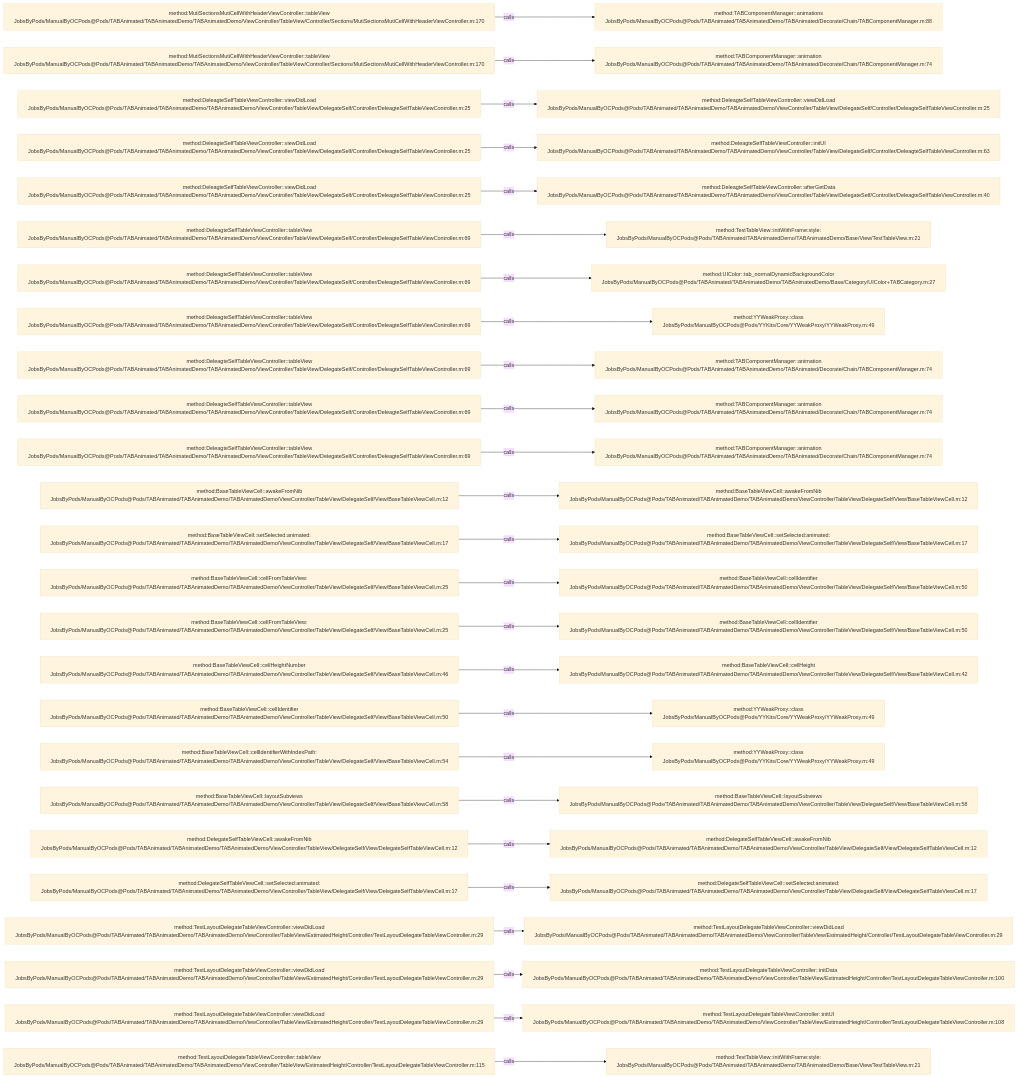
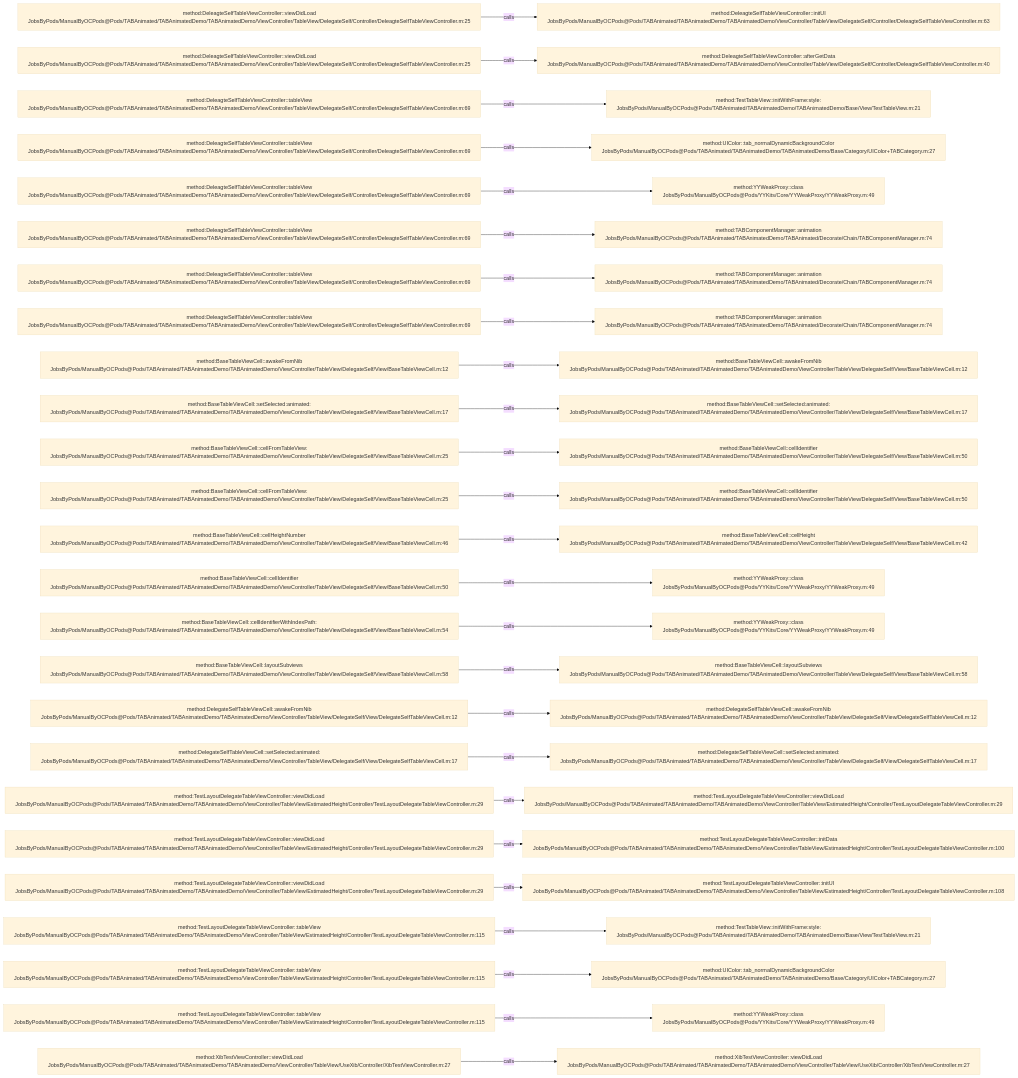
One commit to JobsKits/JobsOCBaseConfigDemo changed the diagram in .codegraph/codegraph.md/graphs/calls-065.md. Above: the diagram before and after it, drawn with Mermaid (base theme). The commit also changed 342 other files, not shown here.

````diff
--- a/.codegraph/codegraph.md/graphs/calls-065.md
+++ b/.codegraph/codegraph.md/graphs/calls-065.md
@@ -13,78 +13,78 @@
 ```mermaid
 flowchart LR
-  S1["method:MutiSectionsMutiCellWithHeaderViewController::tableView<br/>JobsByPods/ManualByOCPods@Pods/TABAnimated/TABAnimatedDemo/TABAnimatedDemo/ViewController/TableView/Controller/Sections/MutiSectionsMutiCellWithHeaderViewController.m:170"]
-  T1["method:TABComponentManager::animations<br/>JobsByPods/ManualByOCPods@Pods/TABAnimated/TABAnimatedDemo/TABAnimated/Decorate/Chain/TABComponentManager.m:88"]
+  S1["method:DeleagteSelfTableViewController::viewDidLoad<br/>JobsByPods/ManualByOCPods@Pods/TABAnimated/TABAnimatedDemo/TABAnimatedDemo/ViewController/TableView/DelegateSelf/Controller/DeleagteSelfTableViewController.m:25"]
+  T1["method:DeleagteSelfTableViewController::initUI<br/>JobsByPods/ManualByOCPods@Pods/TABAnimated/TABAnimatedDemo/TABAnimatedDemo/ViewController/TableView/DelegateSelf/Controller/DeleagteSelfTableViewController.m:63"]
   S1 -->|calls| T1
-  S2["method:MutiSectionsMutiCellWithHeaderViewController::tableView<br/>JobsByPods/ManualByOCPods@Pods/TABAnimated/TABAnimatedDemo/TABAnimatedDemo/ViewController/TableView/Controller/Sections/MutiSectionsMutiCellWithHeaderViewController.m:170"]
-  T2["method:TABComponentManager::animation<br/>JobsByPods/ManualByOCPods@Pods/TABAnimated/TABAnimatedDemo/TABAnimated/Decorate/Chain/TABComponentManager.m:74"]
+  S2["method:DeleagteSelfTableViewController::viewDidLoad<br/>JobsByPods/ManualByOCPods@Pods/TABAnimated/TABAnimatedDemo/TABAnimatedDemo/ViewController/TableView/DelegateSelf/Controller/DeleagteSelfTableViewController.m:25"]
+  T2["method:DeleagteSelfTableViewController::afterGetData<br/>JobsByPods/ManualByOCPods@Pods/TABAnimated/TABAnimatedDemo/TABAnimatedDemo/ViewController/TableView/DelegateSelf/Controller/DeleagteSelfTableViewController.m:40"]
   S2 -->|calls| T2
-  S3["method:DeleagteSelfTableViewController::viewDidLoad<br/>JobsByPods/ManualByOCPods@Pods/TABAnimated/TABAnimatedDemo/TABAnimatedDemo/ViewController/TableView/DelegateSelf/Controller/DeleagteSelfTableViewController.m:25"]
-  T3["method:DeleagteSelfTableViewController::viewDidLoad<br/>JobsByPods/ManualByOCPods@Pods/TABAnimated/TABAnimatedDemo/TABAnimatedDemo/ViewController/TableView/DelegateSelf/Controller/DeleagteSelfTableViewController.m:25"]
+  S3["method:DeleagteSelfTableViewController::tableView<br/>JobsByPods/ManualByOCPods@Pods/TABAnimated/TABAnimatedDemo/TABAnimatedDemo/ViewController/TableView/DelegateSelf/Controller/DeleagteSelfTableViewController.m:69"]
+  T3["method:TestTableView::initWithFrame:style:<br/>JobsByPods/ManualByOCPods@Pods/TABAnimated/TABAnimatedDemo/TABAnimatedDemo/Base/View/TestTableView.m:21"]
   S3 -->|calls| T3
-  S4["method:DeleagteSelfTableViewController::viewDidLoad<br/>JobsByPods/ManualByOCPods@Pods/TABAnimated/TABAnimatedDemo/TABAnimatedDemo/ViewController/TableView/DelegateSelf/Controller/DeleagteSelfTableViewController.m:25"]
-  T4["method:DeleagteSelfTableViewController::initUI<br/>JobsByPods/ManualByOCPods@Pods/TABAnimated/TABAnimatedDemo/TABAnimatedDemo/ViewController/TableView/DelegateSelf/Controller/DeleagteSelfTableViewController.m:63"]
+  S4["method:DeleagteSelfTableViewController::tableView<br/>JobsByPods/ManualByOCPods@Pods/TABAnimated/TABAnimatedDemo/TABAnimatedDemo/ViewController/TableView/DelegateSelf/Controller/DeleagteSelfTableViewController.m:69"]
+  T4["method:UIColor::tab_normalDynamicBackgroundColor<br/>JobsByPods/ManualByOCPods@Pods/TABAnimated/TABAnimatedDemo/TABAnimatedDemo/Base/Category/UIColor+TABCategory.m:27"]
   S4 -->|calls| T4
-  S5["method:DeleagteSelfTableViewController::viewDidLoad<br/>JobsByPods/ManualByOCPods@Pods/TABAnimated/TABAnimatedDemo/TABAnimatedDemo/ViewController/TableView/DelegateSelf/Controller/DeleagteSelfTableViewController.m:25"]
-  T5["method:DeleagteSelfTableViewController::afterGetData<br/>JobsByPods/ManualByOCPods@Pods/TABAnimated/TABAnimatedDemo/TABAnimatedDemo/ViewController/TableView/DelegateSelf/Controller/DeleagteSelfTableViewController.m:40"]
+  S5["method:DeleagteSelfTableViewController::tableView<br/>JobsByPods/ManualByOCPods@Pods/TABAnimated/TABAnimatedDemo/TABAnimatedDemo/ViewController/TableView/DelegateSelf/Controller/DeleagteSelfTableViewController.m:69"]
+  T5["method:YYWeakProxy::class<br/>JobsByPods/ManualByOCPods@Pods/YYKits/Core/YYWeakProxy/YYWeakProxy.m:49"]
   S5 -->|calls| T5
   S6["method:DeleagteSelfTableViewController::tableView<br/>JobsByPods/ManualByOCPods@Pods/TABAnimated/TABAnimatedDemo/TABAnimatedDemo/ViewController/TableView/DelegateSelf/Controller/DeleagteSelfTableViewController.m:69"]
-  T6["method:TestTableView::initWithFrame:style:<br/>JobsByPods/ManualByOCPods@Pods/TABAnimated/TABAnimatedDemo/TABAnimatedDemo/Base/View/TestTableView.m:21"]
+  T6["method:TABComponentManager::animation<br/>JobsByPods/ManualByOCPods@Pods/TABAnimated/TABAnimatedDemo/TABAnimated/Decorate/Chain/TABComponentManager.m:74"]
   S6 -->|calls| T6
   S7["method:DeleagteSelfTableViewController::tableView<br/>JobsByPods/ManualByOCPods@Pods/TABAnimated/TABAnimatedDemo/TABAnimatedDemo/ViewController/TableView/DelegateSelf/Controller/DeleagteSelfTableViewController.m:69"]
-  T7["method:UIColor::tab_normalDynamicBackgroundColor<br/>JobsByPods/ManualByOCPods@Pods/TABAnimated/TABAnimatedDemo/TABAnimatedDemo/Base/Category/UIColor+TABCategory.m:27"]
+  T7["method:TABComponentManager::animation<br/>JobsByPods/ManualByOCPods@Pods/TABAnimated/TABAnimatedDemo/TABAnimated/Decorate/Chain/TABComponentManager.m:74"]
   S7 -->|calls| T7
   S8["method:DeleagteSelfTableViewController::tableView<br/>JobsByPods/ManualByOCPods@Pods/TABAnimated/TABAnimatedDemo/TABAnimatedDemo/ViewController/TableView/DelegateSelf/Controller/DeleagteSelfTableViewController.m:69"]
-  T8["method:YYWeakProxy::class<br/>JobsByPods/ManualByOCPods@Pods/YYKits/Core/YYWeakProxy/YYWeakProxy.m:49"]
+  T8["method:TABComponentManager::animation<br/>JobsByPods/ManualByOCPods@Pods/TABAnimated/TABAnimatedDemo/TABAnimated/Decorate/Chain/TABComponentManager.m:74"]
   S8 -->|calls| T8
-  S9["method:DeleagteSelfTableViewController::tableView<br/>JobsByPods/ManualByOCPods@Pods/TABAnimated/TABAnimatedDemo/TABAnimatedDemo/ViewController/TableView/DelegateSelf/Controller/DeleagteSelfTableViewController.m:69"]
-  T9["method:TABComponentManager::animation<br/>JobsByPods/ManualByOCPods@Pods/TABAnimated/TABAnimatedDemo/TABAnimated/Decorate/Chain/TABComponentManager.m:74"]
+  S9["method:BaseTableViewCell::awakeFromNib<br/>JobsByPods/ManualByOCPods@Pods/TABAnimated/TABAnimatedDemo/TABAnimatedDemo/ViewController/TableView/DelegateSelf/View/BaseTableViewCell.m:12"]
+  T9["method:BaseTableViewCell::awakeFromNib<br/>JobsByPods/ManualByOCPods@Pods/TABAnimated/TABAnimatedDemo/TABAnimatedDemo/ViewController/TableView/DelegateSelf/View/BaseTableViewCell.m:12"]
   S9 -->|calls| T9
-  S10["method:DeleagteSelfTableViewController::tableView<br/>JobsByPods/ManualByOCPods@Pods/TABAnimated/TABAnimatedDemo/TABAnimatedDemo/ViewController/TableView/DelegateSelf/Controller/DeleagteSelfTableViewController.m:69"]
-  T10["method:TABComponentManager::animation<br/>JobsByPods/ManualByOCPods@Pods/TABAnimated/TABAnimatedDemo/TABAnimated/Decorate/Chain/TABComponentManager.m:74"]
+  S10["method:BaseTableViewCell::setSelected:animated:<br/>JobsByPods/ManualByOCPods@Pods/TABAnimated/TABAnimatedDemo/TABAnimatedDemo/ViewController/TableView/DelegateSelf/View/BaseTableViewCell.m:17"]
+  T10["method:BaseTableViewCell::setSelected:animated:<br/>JobsByPods/ManualByOCPods@Pods/TABAnimated/TABAnimatedDemo/TABAnimatedDemo/ViewController/TableView/DelegateSelf/View/BaseTableViewCell.m:17"]
   S10 -->|calls| T10
-  S11["method:DeleagteSelfTableViewController::tableView<br/>JobsByPods/ManualByOCPods@Pods/TABAnimated/TABAnimatedDemo/TABAnimatedDemo/ViewController/TableView/DelegateSelf/Controller/DeleagteSelfTableViewController.m:69"]
-  T11["method:TABComponentManager::animation<br/>JobsByPods/ManualByOCPods@Pods/TABAnimated/TABAnimatedDemo/TABAnimated/Decorate/Chain/TABComponentManager.m:74"]
+  S11["method:BaseTableViewCell::cellFromTableView:<br/>JobsByPods/ManualByOCPods@Pods/TABAnimated/TABAnimatedDemo/TABAnimatedDemo/ViewController/TableView/DelegateSelf/View/BaseTableViewCell.m:25"]
+  T11["method:BaseTableViewCell::cellIdentifier<br/>JobsByPods/ManualByOCPods@Pods/TABAnimated/TABAnimatedDemo/TABAnimatedDemo/ViewController/TableView/DelegateSelf/View/BaseTableViewCell.m:50"]
   S11 -->|calls| T11
-  S12["method:BaseTableViewCell::awakeFromNib<br/>JobsByPods/ManualByOCPods@Pods/TABAnimated/TABAnimatedDemo/TABAnimatedDemo/ViewController/TableView/DelegateSelf/View/BaseTableViewCell.m:12"]
-  T12["method:BaseTableViewCell::awakeFromNib<br/>JobsByPods/ManualByOCPods@Pods/TABAnimated/TABAnimatedDemo/TABAnimatedDemo/ViewController/TableView/DelegateSelf/View/BaseTableViewCell.m:12"]
+  S12["method:BaseTableViewCell::cellFromTableView:<br/>JobsByPods/ManualByOCPods@Pods/TABAnimated/TABAnimatedDemo/TABAnimatedDemo/ViewController/TableView/DelegateSelf/View/BaseTableViewCell.m:25"]
+  T12["method:BaseTableViewCell::cellIdentifier<br/>JobsByPods/ManualByOCPods@Pods/TABAnimated/TABAnimatedDemo/TABAnimatedDemo/ViewController/TableView/DelegateSelf/View/BaseTableViewCell.m:50"]
   S12 -->|calls| T12
-  S13["method:BaseTableViewCell::setSelected:animated:<br/>JobsByPods/ManualByOCPods@Pods/TABAnimated/TABAnimatedDemo/TABAnimatedDemo/ViewController/TableView/DelegateSelf/View/BaseTableViewCell.m:17"]
-  T13["method:BaseTableViewCell::setSelected:animated:<br/>JobsByPods/ManualByOCPods@Pods/TABAnimated/TABAnimatedDemo/TABAnimatedDemo/ViewController/TableView/DelegateSelf/View/BaseTableViewCell.m:17"]
+  S13["method:BaseTableViewCell::cellHeightNumber<br/>JobsByPods/ManualByOCPods@Pods/TABAnimated/TABAnimatedDemo/TABAnimatedDemo/ViewController/TableView/DelegateSelf/View/BaseTableViewCell.m:46"]
+  T13["method:BaseTableViewCell::cellHeight<br/>JobsByPods/ManualByOCPods@Pods/TABAnimated/TABAnimatedDemo/TABAnimatedDemo/ViewController/TableView/DelegateSelf/View/BaseTableViewCell.m:42"]
   S13 -->|calls| T13
-  S14["method:BaseTableViewCell::cellFromTableView:<br/>JobsByPods/ManualByOCPods@Pods/TABAnimated/TABAnimatedDemo/TABAnimatedDemo/ViewController/TableView/DelegateSelf/View/BaseTableViewCell.m:25"]
-  T14["method:BaseTableViewCell::cellIdentifier<br/>JobsByPods/ManualByOCPods@Pods/TABAnimated/TABAnimatedDemo/TABAnimatedDemo/ViewController/TableView/DelegateSelf/View/BaseTableViewCell.m:50"]
+  S14["method:BaseTableViewCell::cellIdentifier<br/>JobsByPods/ManualByOCPods@Pods/TABAnimated/TABAnimatedDemo/TABAnimatedDemo/ViewController/TableView/DelegateSelf/View/BaseTableViewCell.m:50"]
+  T14["method:YYWeakProxy::class<br/>JobsByPods/ManualByOCPods@Pods/YYKits/Core/YYWeakProxy/YYWeakProxy.m:49"]
   S14 -->|calls| T14
-  S15["method:BaseTableViewCell::cellFromTableView:<br/>JobsByPods/ManualByOCPods@Pods/TABAnimated/TABAnimatedDemo/TABAnimatedDemo/ViewController/TableView/DelegateSelf/View/BaseTableViewCell.m:25"]
-  T15["method:BaseTableViewCell::cellIdentifier<br/>JobsByPods/ManualByOCPods@Pods/TABAnimated/TABAnimatedDemo/TABAnimatedDemo/ViewController/TableView/DelegateSelf/View/BaseTableViewCell.m:50"]
+  S15["method:BaseTableViewCell::cellIdentifierWithIndexPath:<br/>JobsByPods/ManualByOCPods@Pods/TABAnimated/TABAnimatedDemo/TABAnimatedDemo/ViewController/TableView/DelegateSelf/View/BaseTableViewCell.m:54"]
+  T15["method:YYWeakProxy::class<br/>JobsByPods/ManualByOCPods@Pods/YYKits/Core/YYWeakProxy/YYWeakProxy.m:49"]
   S15 -->|calls| T15
-  S16["method:BaseTableViewCell::cellHeightNumber<br/>JobsByPods/ManualByOCPods@Pods/TABAnimated/TABAnimatedDemo/TABAnimatedDemo/ViewController/TableView/DelegateSelf/View/BaseTableViewCell.m:46"]
-  T16["method:BaseTableViewCell::cellHeight<br/>JobsByPods/ManualByOCPods@Pods/TABAnimated/TABAnimatedDemo/TABAnimatedDemo/ViewController/TableView/DelegateSelf/View/BaseTableViewCell.m:42"]
+  S16["method:BaseTableViewCell::layoutSubviews<br/>JobsByPods/ManualByOCPods@Pods/TABAnimated/TABAnimatedDemo/TABAnimatedDemo/ViewController/TableView/DelegateSelf/View/BaseTableViewCell.m:58"]
+  T16["method:BaseTableViewCell::layoutSubviews<br/>JobsByPods/ManualByOCPods@Pods/TABAnimated/TABAnimatedDemo/TABAnimatedDemo/ViewController/TableView/DelegateSelf/View/BaseTableViewCell.m:58"]
   S16 -->|calls| T16
-  S17["method:BaseTableViewCell::cellIdentifier<br/>JobsByPods/ManualByOCPods@Pods/TABAnimated/TABAnimatedDemo/TABAnimatedDemo/ViewController/TableView/DelegateSelf/View/BaseTableViewCell.m:50"]
-  T17["method:YYWeakProxy::class<br/>JobsByPods/ManualByOCPods@Pods/YYKits/Core/YYWeakProxy/YYWeakProxy.m:49"]
+  S17["method:DelegateSelfTableViewCell::awakeFromNib<br/>JobsByPods/ManualByOCPods@Pods/TABAnimated/TABAnimatedDemo/TABAnimatedDemo/ViewController/TableView/DelegateSelf/View/DelegateSelfTableViewCell.m:12"]
+  T17["method:DelegateSelfTableViewCell::awakeFromNib<br/>JobsByPods/ManualByOCPods@Pods/TABAnimated/TABAnimatedDemo/TABAnimatedDemo/ViewController/TableView/DelegateSelf/View/DelegateSelfTableViewCell.m:12"]
   S17 -->|calls| T17
-  S18["method:BaseTableViewCell::cellIdentifierWithIndexPath:<br/>JobsByPods/ManualByOCPods@Pods/TABAnimated/TABAnimatedDemo/TABAnimatedDemo/ViewController/TableView/DelegateSelf/View/BaseTableViewCell.m:54"]
-  T18["method:YYWeakProxy::class<br/>JobsByPods/ManualByOCPods@Pods/YYKits/Core/YYWeakProxy/YYWeakProxy.m:49"]
+  S18["method:DelegateSelfTableViewCell::setSelected:animated:<br/>JobsByPods/ManualByOCPods@Pods/TABAnimated/TABAnimatedDemo/TABAnimatedDemo/ViewController/TableView/DelegateSelf/View/DelegateSelfTableViewCell.m:17"]
+  T18["method:DelegateSelfTableViewCell::setSelected:animated:<br/>JobsByPods/ManualByOCPods@Pods/TABAnimated/TABAnimatedDemo/TABAnimatedDemo/ViewController/TableView/DelegateSelf/View/DelegateSelfTableViewCell.m:17"]
   S18 -->|calls| T18
-  S19["method:BaseTableViewCell::layoutSubviews<br/>JobsByPods/ManualByOCPods@Pods/TABAnimated/TABAnimatedDemo/TABAnimatedDemo/ViewController/TableView/DelegateSelf/View/BaseTableViewCell.m:58"]
-  T19["method:BaseTableViewCell::layoutSubviews<br/>JobsByPods/ManualByOCPods@Pods/TABAnimated/TABAnimatedDemo/TABAnimatedDemo/ViewController/TableView/DelegateSelf/View/BaseTableViewCell.m:58"]
+  S19["method:TestLayoutDelegateTableViewController::viewDidLoad<br/>JobsByPods/ManualByOCPods@Pods/TABAnimated/TABAnimatedDemo/TABAnimatedDemo/ViewController/TableView/EstimatedHeight/Controller/TestLayoutDelegateTableViewController.m:29"]
+  T19["method:TestLayoutDelegateTableViewController::viewDidLoad<br/>JobsByPods/ManualByOCPods@Pods/TABAnimated/TABAnimatedDemo/TABAnimatedDemo/ViewController/TableView/EstimatedHeight/Controller/TestLayoutDelegateTableViewController.m:29"]
   S19 -->|calls| T19
-  S20["method:DelegateSelfTableViewCell::awakeFromNib<br/>JobsByPods/ManualByOCPods@Pods/TABAnimated/TABAnimatedDemo/TABAnimatedDemo/ViewController/TableView/DelegateSelf/View/DelegateSelfTableViewCell.m:12"]
-  T20["method:DelegateSelfTableViewCell::awakeFromNib<br/>JobsByPods/ManualByOCPods@Pods/TABAnimated/TABAnimatedDemo/TABAnimatedDemo/ViewController/TableView/DelegateSelf/View/DelegateSelfTableViewCell.m:12"]
+  S20["method:TestLayoutDelegateTableViewController::viewDidLoad<br/>JobsByPods/ManualByOCPods@Pods/TABAnimated/TABAnimatedDemo/TABAnimatedDemo/ViewController/TableView/EstimatedHeight/Controller/TestLayoutDelegateTableViewController.m:29"]
+  T20["method:TestLayoutDelegateTableViewController::initData<br/>JobsByPods/ManualByOCPods@Pods/TABAnimated/TABAnimatedDemo/TABAnimatedDemo/ViewController/TableView/EstimatedHeight/Controller/TestLayoutDelegateTableViewController.m:100"]
   S20 -->|calls| T20
-  S21["method:DelegateSelfTableViewCell::setSelected:animated:<br/>JobsByPods/ManualByOCPods@Pods/TABAnimated/TABAnimatedDemo/TABAnimatedDemo/ViewController/TableView/DelegateSelf/View/DelegateSelfTableViewCell.m:17"]
-  T21["method:DelegateSelfTableViewCell::setSelected:animated:<br/>JobsByPods/ManualByOCPods@Pods/TABAnimated/TABAnimatedDemo/TABAnimatedDemo/ViewController/TableView/DelegateSelf/View/DelegateSelfTableViewCell.m:17"]
+  S21["method:TestLayoutDelegateTableViewController::viewDidLoad<br/>JobsByPods/ManualByOCPods@Pods/TABAnimated/TABAnimatedDemo/TABAnimatedDemo/ViewController/TableView/EstimatedHeight/Controller/TestLayoutDelegateTableViewController.m:29"]
+  T21["method:TestLayoutDelegateTableViewController::initUI<br/>JobsByPods/ManualByOCPods@Pods/TABAnimated/TABAnimatedDemo/TABAnimatedDemo/ViewController/TableView/EstimatedHeight/Controller/TestLayoutDelegateTableViewController.m:108"]
   S21 -->|calls| T21
-  S22["method:TestLayoutDelegateTableViewController::viewDidLoad<br/>JobsByPods/ManualByOCPods@Pods/TABAnimated/TABAnimatedDemo/TABAnimatedDemo/ViewController/TableView/EstimatedHeight/Controller/TestLayoutDelegateTableViewController.m:29"]
-  T22["method:TestLayoutDelegateTableViewController::viewDidLoad<br/>JobsByPods/ManualByOCPods@Pods/TABAnimated/TABAnimatedDemo/TABAnimatedDemo/ViewController/TableView/EstimatedHeight/Controller/TestLayoutDelegateTableViewController.m:29"]
+  S22["method:TestLayoutDelegateTableViewController::tableView<br/>JobsByPods/ManualByOCPods@Pods/TABAnimated/TABAnimatedDemo/TABAnimatedDemo/ViewController/TableView/EstimatedHeight/Controller/TestLayoutDelegateTableViewController.m:115"]
+  T22["method:TestTableView::initWithFrame:style:<br/>JobsByPods/ManualByOCPods@Pods/TABAnimated/TABAnimatedDemo/TABAnimatedDemo/Base/View/TestTableView.m:21"]
   S22 -->|calls| T22
-  S23["method:TestLayoutDelegateTableViewController::viewDidLoad<br/>JobsByPods/ManualByOCPods@Pods/TABAnimated/TABAnimatedDemo/TABAnimatedDemo/ViewController/TableView/EstimatedHeight/Controller/TestLayoutDelegateTableViewController.m:29"]
-  T23["method:TestLayoutDelegateTableViewController::initData<br/>JobsByPods/ManualByOCPods@Pods/TABAnimated/TABAnimatedDemo/TABAnimatedDemo/ViewController/TableView/EstimatedHeight/Controller/TestLayoutDelegateTableViewController.m:100"]
+  S23["method:TestLayoutDelegateTableViewController::tableView<br/>JobsByPods/ManualByOCPods@Pods/TABAnimated/TABAnimatedDemo/TABAnimatedDemo/ViewController/TableView/EstimatedHeight/Controller/TestLayoutDelegateTableViewController.m:115"]
+  T23["method:UIColor::tab_normalDynamicBackgroundColor<br/>JobsByPods/ManualByOCPods@Pods/TABAnimated/TABAnimatedDemo/TABAnimatedDemo/Base/Category/UIColor+TABCategory.m:27"]
   S23 -->|calls| T23
-  S24["method:TestLayoutDelegateTableViewController::viewDidLoad<br/>JobsByPods/ManualByOCPods@Pods/TABAnimated/TABAnimatedDemo/TABAnimatedDemo/ViewController/TableView/EstimatedHeight/Controller/TestLayoutDelegateTableViewController.m:29"]
-  T24["method:TestLayoutDelegateTableViewController::initUI<br/>JobsByPods/ManualByOCPods@Pods/TABAnimated/TABAnimatedDemo/TABAnimatedDemo/ViewController/TableView/EstimatedHeight/Controller/TestLayoutDelegateTableViewController.m:108"]
+  S24["method:TestLayoutDelegateTableViewController::tableView<br/>JobsByPods/ManualByOCPods@Pods/TABAnimated/TABAnimatedDemo/TABAnimatedDemo/ViewController/TableView/EstimatedHeight/Controller/TestLayoutDelegateTableViewController.m:115"]
+  T24["method:YYWeakProxy::class<br/>JobsByPods/ManualByOCPods@Pods/YYKits/Core/YYWeakProxy/YYWeakProxy.m:49"]
   S24 -->|calls| T24
-  S25["method:TestLayoutDelegateTableViewController::tableView<br/>JobsByPods/ManualByOCPods@Pods/TABAnimated/TABAnimatedDemo/TABAnimatedDemo/ViewController/TableView/EstimatedHeight/Controller/TestLayoutDelegateTableViewController.m:115"]
-  T25["method:TestTableView::initWithFrame:style:<br/>JobsByPods/ManualByOCPods@Pods/TABAnimated/TABAnimatedDemo/TABAnimatedDemo/Base/View/TestTableView.m:21"]
+  S25["method:XibTestViewController::viewDidLoad<br/>JobsByPods/ManualByOCPods@Pods/TABAnimated/TABAnimatedDemo/TABAnimatedDemo/ViewController/TableView/UseXib/Controller/XibTestViewController.m:27"]
+  T25["method:XibTestViewController::viewDidLoad<br/>JobsByPods/ManualByOCPods@Pods/TABAnimated/TABAnimatedDemo/TABAnimatedDemo/ViewController/TableView/UseXib/Controller/XibTestViewController.m:27"]
   S25 -->|calls| T25
 ```
````
